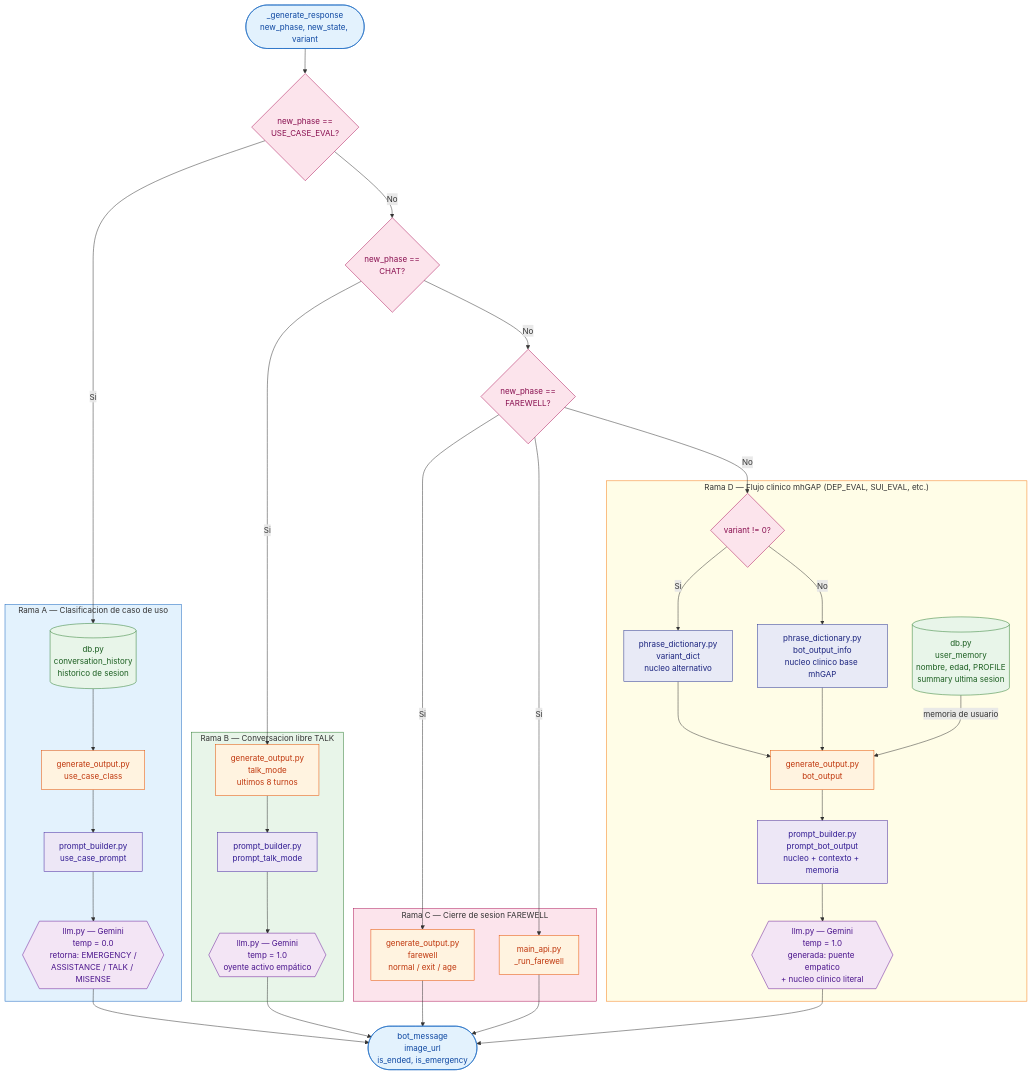
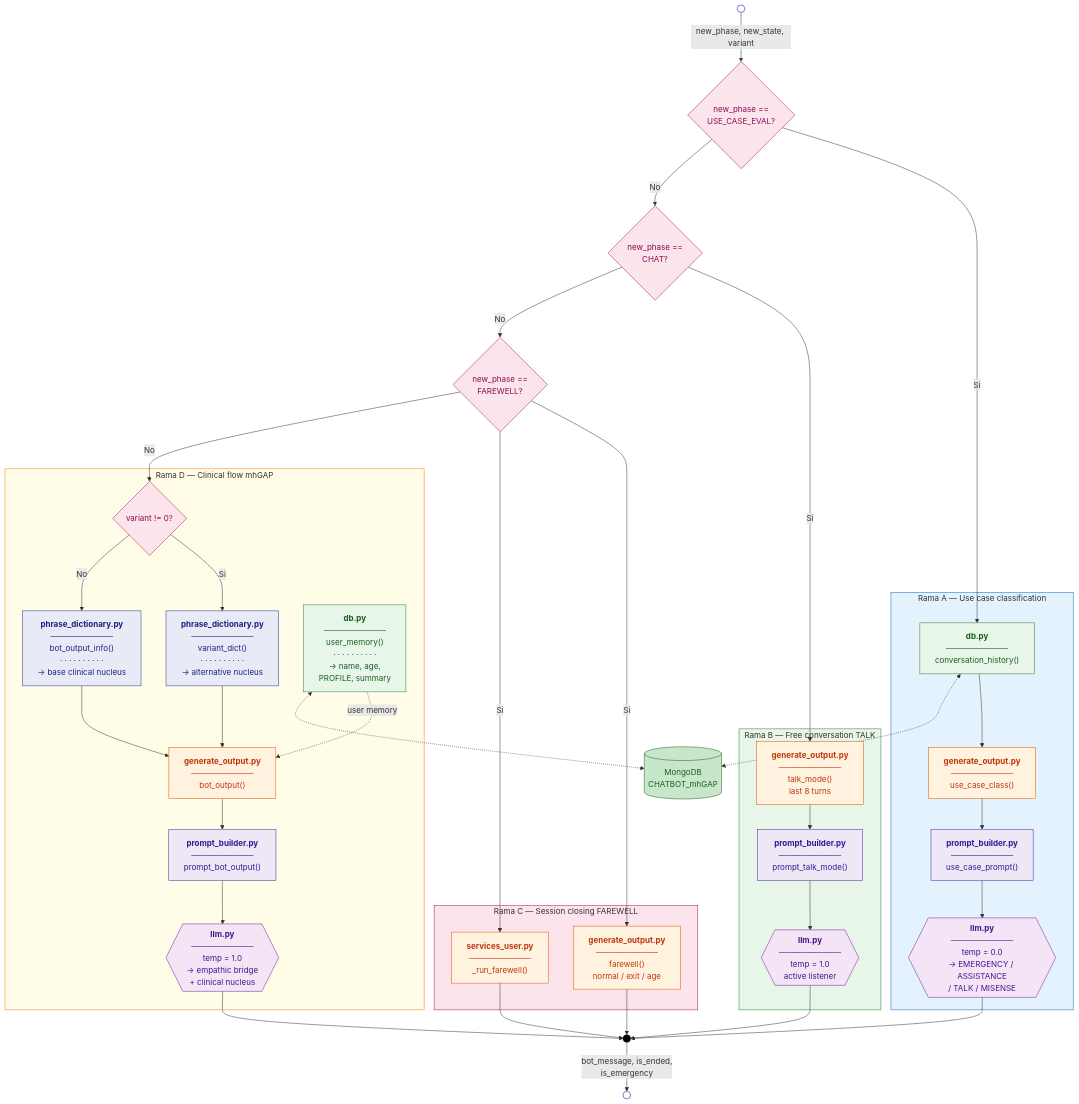
One commit to JordiiQueralto/AURORA_mhGAP-IG_v2.0 changed the fifth of 7 diagrams in diagrams/ZZ_Backend_flow_diagram.md. Above: the diagram before and after it, drawn with Mermaid. The commit also changed other lines of this file and 4 other files, not shown here.

````diff
--- a/diagrams/ZZ_Backend_flow_diagram.md
+++ b/diagrams/ZZ_Backend_flow_diagram.md
@@ -275,67 +271,77 @@
 ```mermaid
 flowchart TD
-    ENTRY(["_generate_response\nnew_phase, new_state, variant"]):::entry
 
-    D_UC{new_phase ==\nUSE_CASE_EVAL?}:::decision
-    D_CH{new_phase ==\nCHAT?}:::decision
-    D_FW{new_phase ==\nFAREWELL?}:::decision
+    START(( )):::circle
+    JUNCTION(( )):::junction
+    FINISH(( )):::circle
 
-    subgraph BRANCH_UC["Rama A — Clasificacion de caso de uso"]
-        DB_H[("db.py\nconversation_history\nhistorico de sesion")]:::db
-        UC["generate_output.py\nuse_case_class"]:::module
-        PB_UC["prompt_builder.py\nuse_case_prompt"]:::prompt
-        LLM_UC{{"llm.py — Gemini\ntemp = 0.0\nretorna: EMERGENCY /\nASSISTANCE / TALK / MISENSE"}}:::llm
+    MONGO[("MongoDB<br/>CHATBOT_mhGAP")]:::db
+
+    D_UC{new_phase ==<br/>USE_CASE_EVAL?}:::decision
+    D_CH{new_phase ==<br/>CHAT?}:::decision
+    D_FW{new_phase ==<br/>FAREWELL?}:::decision
+
+    subgraph BRANCH_UC["Rama A — Use case classification"]
+        DB_H["<b>db.py</b><br/>───────────<br/>conversation_history()"]:::dbmod
+        UC["<b>generate_output.py</b><br/>───────────<br/>use_case_class()"]:::module
+        PB_UC["<b>prompt_builder.py</b><br/>───────────<br/>use_case_prompt()"]:::prompt
+        LLM_UC{{"<b>llm.py</b><br/>───────────<br/>temp = 0.0<br/>→ EMERGENCY / ASSISTANCE<br/>/ TALK / MISENSE"}}:::llm
     end
 
-    subgraph BRANCH_CH["Rama B — Conversacion libre TALK"]
-        TALK["generate_output.py\ntalk_mode\nultimos 8 turnos"]:::module
-        PB_TK["prompt_builder.py\nprompt_talk_mode"]:::prompt
-        LLM_TK{{"llm.py — Gemini\ntemp = 1.0\noyente activo empático"}}:::llm
+    subgraph BRANCH_CH["Rama B — Free conversation TALK"]
+        TALK["<b>generate_output.py</b><br/>───────────<br/>talk_mode()<br/>last 8 turns"]:::module
+        PB_TK["<b>prompt_builder.py</b><br/>───────────<br/>prompt_talk_mode()"]:::prompt
+        LLM_TK{{"<b>llm.py</b><br/>───────────<br/>temp = 1.0<br/>active listener"}}:::llm
     end
 
-    subgraph BRANCH_FW["Rama C — Cierre de sesion FAREWELL"]
-        FW["generate_output.py\nfarewell\nnormal / exit / age"]:::module
-        RUN_FW["main_api.py\n_run_farewell"]:::module
+    subgraph BRANCH_FW["Rama C — Session closing FAREWELL"]
+        FW["<b>generate_output.py</b><br/>───────────<br/>farewell()<br/>normal / exit / age"]:::module
+        RUN_FW["<b>services_user.py</b><br/>───────────<br/>_run_farewell()"]:::module
     end
 
-    subgraph BRANCH_NM["Rama D — Flujo clinico mhGAP (DEP_EVAL, SUI_EVAL, etc.)"]
+    subgraph BRANCH_NM["Rama D — Clinical flow mhGAP"]
         D_VAR{variant != 0?}:::decision
-        PVAR["phrase_dictionary.py\nvariant_dict\nnucleo alternativo"]:::phrase
-        PBASE["phrase_dictionary.py\nbot_output_info\nnucleo clinico base mhGAP"]:::phrase
-        MEM[("db.py\nuser_memory\nnombre, edad, PROFILE\nsummary ultima sesion")]:::db
-        BOUT["generate_output.py\nbot_output"]:::module
-        PB_BO["prompt_builder.py\nprompt_bot_output\nnucleo + contexto + memoria"]:::prompt
-        LLM_BO{{"llm.py — Gemini\ntemp = 1.0\ngenerada: puente empatico\n+ nucleo clinico literal"}}:::llm
+        PVAR["<b>phrase_dictionary.py</b><br/>───────────<br/>variant_dict()<br/>· · · · · · · · · ·<br/>→ alternative nucleus"]:::phrase
+        PBASE["<b>phrase_dictionary.py</b><br/>───────────<br/>bot_output_info()<br/>· · · · · · · · · ·<br/>→ base clinical nucleus"]:::phrase
+        MEM["<b>db.py</b><br/>───────────<br/>user_memory()<br/>· · · · · · · · · ·<br/>→ name, age,<br/>PROFILE, summary"]:::dbmod
+        BOUT["<b>generate_output.py</b><br/>───────────<br/>bot_output()"]:::module
+        PB_BO["<b>prompt_builder.py</b><br/>───────────<br/>prompt_bot_output()"]:::prompt
+        LLM_BO{{"<b>llm.py</b><br/>───────────<br/>temp = 1.0<br/>→ empathic bridge<br/>+ clinical nucleus"}}:::llm
     end
 
-    RESULT(["bot_message\nimage_url\nis_ended, is_emergency"]):::entry
+    START -->|"new_phase, new_state, variant"| D_UC
 
-    ENTRY --> D_UC
-
-    D_UC -->|Si| DB_H --> UC --> PB_UC --> LLM_UC --> RESULT
+    D_UC -->|Si| DB_H --> UC --> PB_UC --> LLM_UC --> JUNCTION
     D_UC -->|No| D_CH
 
-    D_CH -->|Si| TALK --> PB_TK --> LLM_TK --> RESULT
+    D_CH -->|Si| TALK --> PB_TK --> LLM_TK --> JUNCTION
     D_CH -->|No| D_FW
 
-    D_FW -->|Si| FW & RUN_FW --> RESULT
+    D_FW -->|Si| FW & RUN_FW --> JUNCTION
     D_FW -->|No| D_VAR
 
     D_VAR -->|Si| PVAR --> BOUT
     D_VAR -->|No| PBASE --> BOUT
-    MEM -->|memoria de usuario| BOUT
-    BOUT --> PB_BO --> LLM_BO --> RESULT
+    MEM -.->|"user memory"| BOUT
+    BOUT --> PB_BO --> LLM_BO --> JUNCTION
 
-    classDef entry    fill:#e3f2fd,stroke:#1565c0,color:#0d47a1
+    DB_H <-.-> MONGO
+    MEM <-.-> MONGO
+
+    JUNCTION -->|"bot_message, is_ended,<br/>is_emergency"| FINISH
+
+    classDef circle   fill:#ffffff,stroke:#9370db,stroke-width:2px,color:#ffffff
+    classDef junction fill:#000000,stroke:#000000,color:#000000
     classDef module   fill:#fff3e0,stroke:#e65100,color:#bf360c
     classDef decision fill:#fce4ec,stroke:#ad1457,color:#880e4f
-    classDef db       fill:#e8f5e9,stroke:#2e7d32,color:#1b5e20
+    classDef dbmod    fill:#e8f5e9,stroke:#2e7d32,color:#1b5e20
+    classDef db       fill:#c8e6c9,stroke:#1b5e20,color:#1b5e20
     classDef llm      fill:#f3e5f5,stroke:#6a1b9a,color:#4a148c
     classDef prompt   fill:#ede7f6,stroke:#4527a0,color:#311b92
     classDef phrase   fill:#e8eaf6,stroke:#283593,color:#1a237e
 
     style BRANCH_UC fill:#e3f2fd,stroke:#1565c0
     style BRANCH_CH fill:#e8f5e9,stroke:#2e7d32
     style BRANCH_FW fill:#fce4ec,stroke:#ad1457
     style BRANCH_NM fill:#fffde7,stroke:#f57f17
 ```
````
